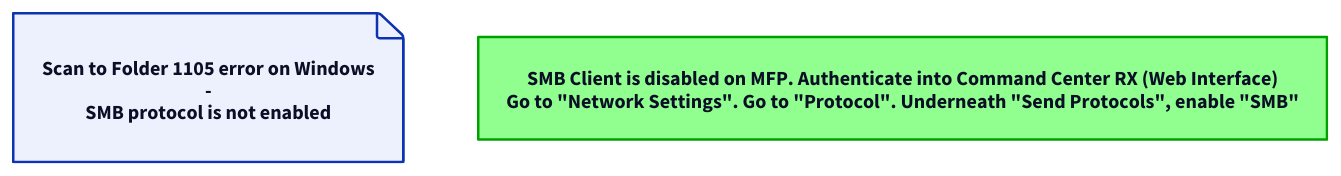
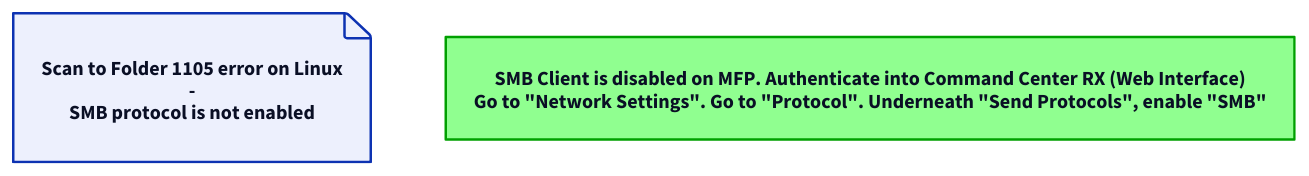
The diagram in smb/kyocera/linux/1105.d2 (ThunderCreeper4/mfp-scanning-flowchart), drawn with D2 before and after one commit. The commit also changed 3 other files, not shown here.

Commit message:
Add Kyocera 2101 SMB windows/macos/linux & Fix typos

```diff
--- a/smb/kyocera/linux/1105.d2
+++ b/smb/kyocera/linux/1105.d2
@@ -1,10 +1,10 @@
-Scan to Folder 1105 error on Windows\n-\nSMB protocol is not enabled.: {class: note}
+Scan to Folder 1105 error on Linux\n-\nSMB protocol is not enabled.: {class: note}
 classes: {
     step: {shape: rectangle}
     diagnose: {shape: diamond}
     fixed: {shape: rectangle; style: {fill: "#90FF90"; stroke: "#00A000";}}
     failure: {shape: rectangle; style: {fill: "#FF9090"; stroke: "#A00000";}}
     note: {shape: page;}
 }
 
 1: SMB Client is disabled on MFP. Authenticate into Command Center RX (Web Interface)\nGo to "Network Settings". Go to "Protocol". Underneath "Send Protocols", enable "SMB" {class: fixed}
```
